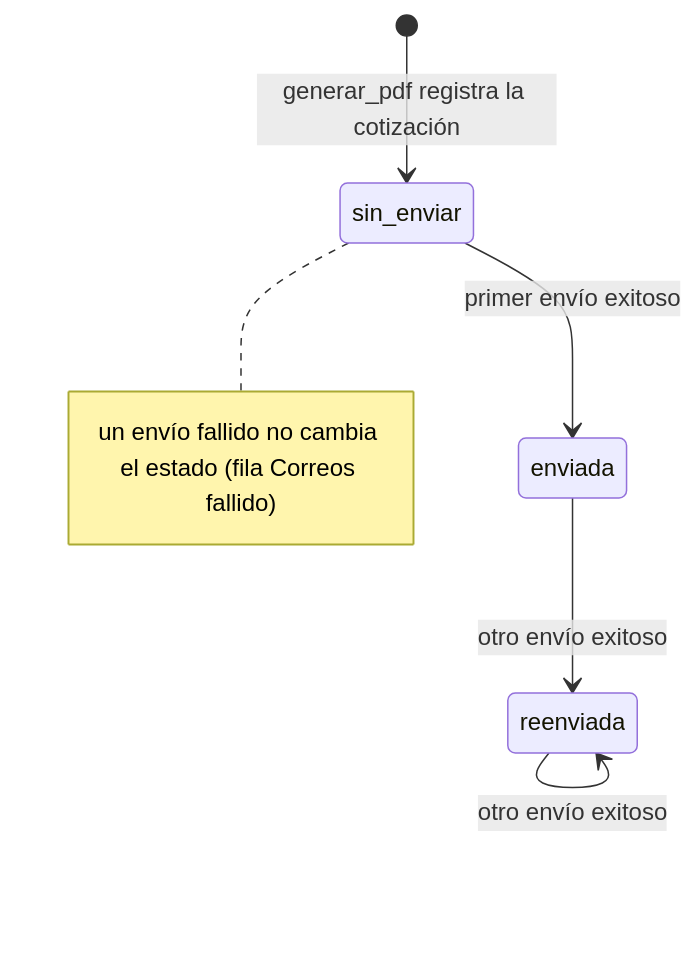
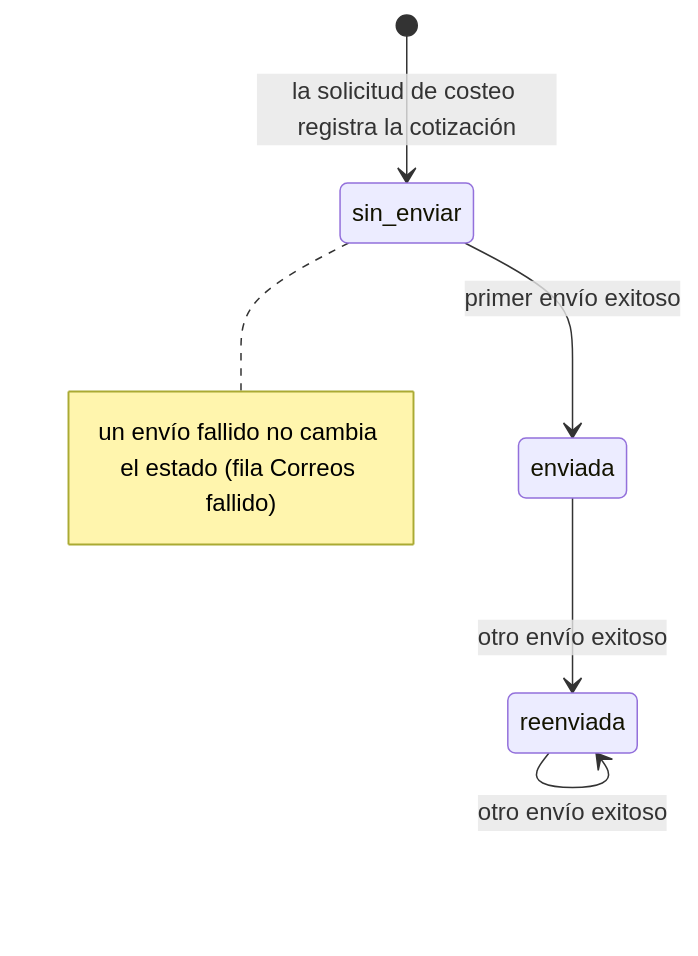
One commit to InnovacionIA-proyectos/Cotifly changed the sixth of 6 diagrams in backend-dotnet/docs/04-flujo-del-sistema.md. Above: the diagram before and after it, drawn with Mermaid. The commit also changed other lines of this file and 31 other files, not shown here.

````diff
--- a/backend-dotnet/docs/04-flujo-del-sistema.md
+++ b/backend-dotnet/docs/04-flujo-del-sistema.md
@@ -185,8 +154,8 @@
 ```mermaid
 stateDiagram-v2
-    [*] --> sin_enviar: generar_pdf registra la cotización
+    [*] --> sin_enviar: la solicitud de costeo registra la cotización
     sin_enviar --> enviada: primer envío exitoso
     enviada --> reenviada: otro envío exitoso
     reenviada --> reenviada: otro envío exitoso
     note right of sin_enviar: un envío fallido no cambia el estado (fila Correos fallido)
 ```
````
